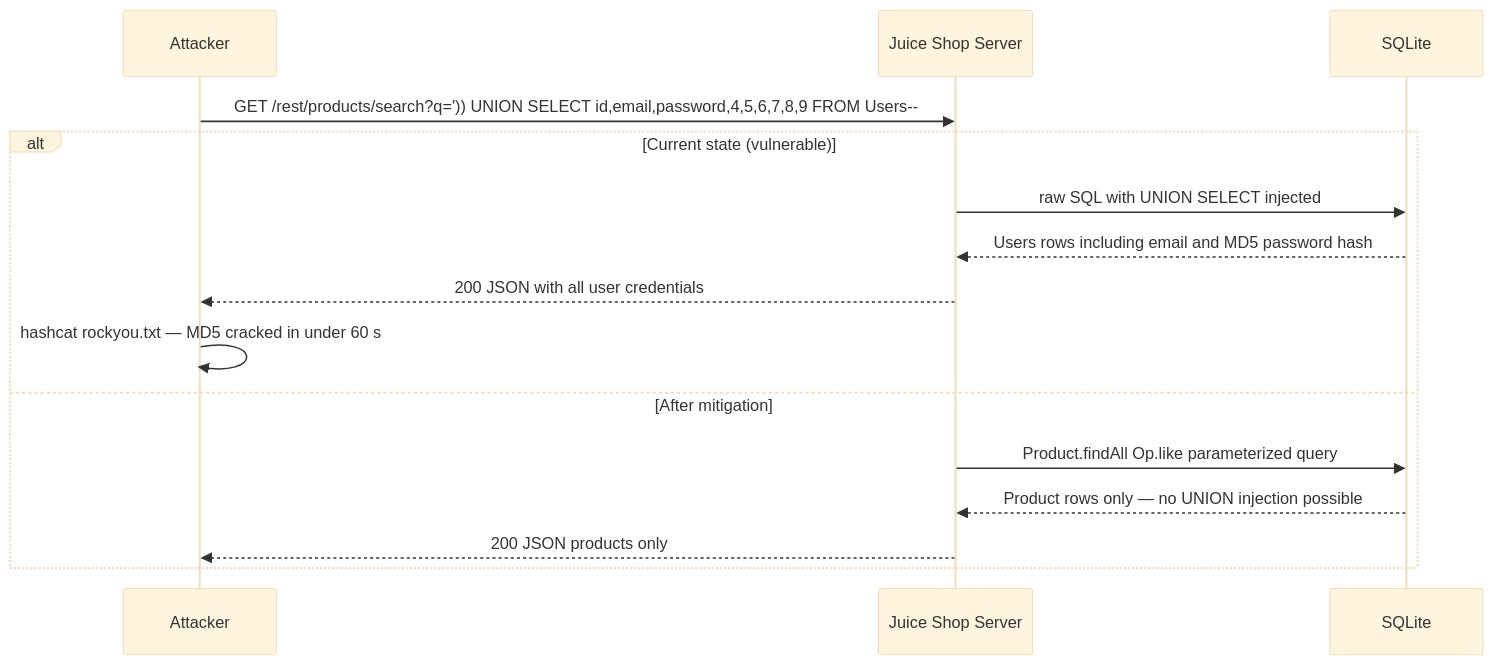
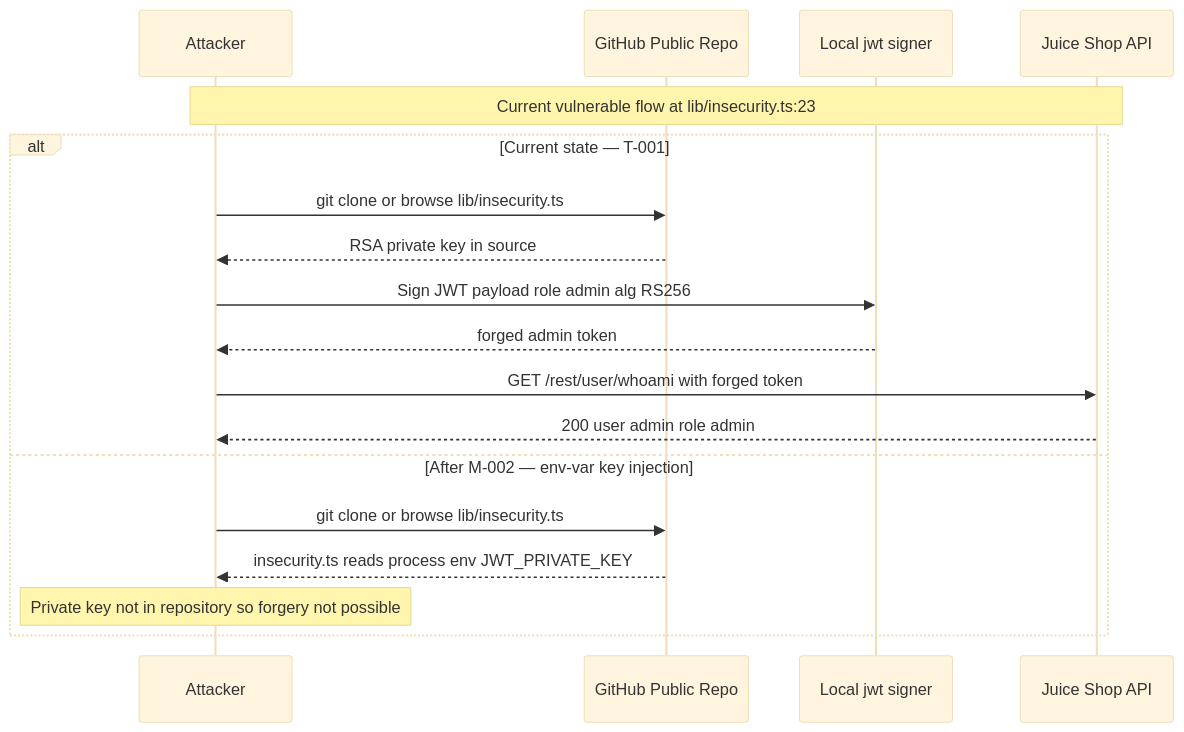
The ninth of 10 diagrams in examples/threat-modeler/threat-mode-juice-shop-quick.md (appsec-foundry/appsec-advisor), drawn with Mermaid (base theme) before and after one commit. The commit also changed other lines of this file and 10 other files, not shown here.

````diff
--- a/examples/threat-modeler/threat-mode-juice-shop-quick.md
+++ b/examples/threat-modeler/threat-mode-juice-shop-quick.md
@@ -547,18 +511,22 @@
 ```mermaid
 sequenceDiagram
-    participant A as Attacker
-    participant S as Juice Shop Server
-    participant DB as SQLite
+    participant Attacker
+    participant GitHub as GitHub Public Repo
+    participant LocalTool as Local jwt signer
+    participant API as Juice Shop API
 
-    A->>S: GET /rest/products/search?q=')) UNION SELECT id,email,password,4,5,6,7,8,9 FROM Users--
-    alt Current state (vulnerable)
-        S->>DB: raw SQL with UNION SELECT injected
-        DB-->>S: Users rows including email and MD5 password hash
-        S-->>A: 200 JSON with all user credentials
-        A->>A: hashcat rockyou.txt — MD5 cracked in under 60 s
-    else After mitigation
-        S->>DB: Product.findAll Op.like parameterized query
-        DB-->>S: Product rows only — no UNION injection possible
-        S-->>A: 200 JSON products only
+    note over Attacker,API: Current vulnerable flow at lib/insecurity.ts:23
+
+    alt Current state — T-001
+        Attacker->>GitHub: git clone or browse lib/insecurity.ts
+        GitHub-->>Attacker: RSA private key in source
+        Attacker->>LocalTool: Sign JWT payload role admin alg RS256
+        LocalTool-->>Attacker: forged admin token
+        Attacker->>API: GET /rest/user/whoami with forged token
+        API-->>Attacker: 200 user admin role admin
+    else After M-002 — env-var key injection
+        Attacker->>GitHub: git clone or browse lib/insecurity.ts
+        GitHub-->>Attacker: insecurity.ts reads process env JWT_PRIVATE_KEY
+        note over Attacker: Private key not in repository so forgery not possible
     end
 ```
````
